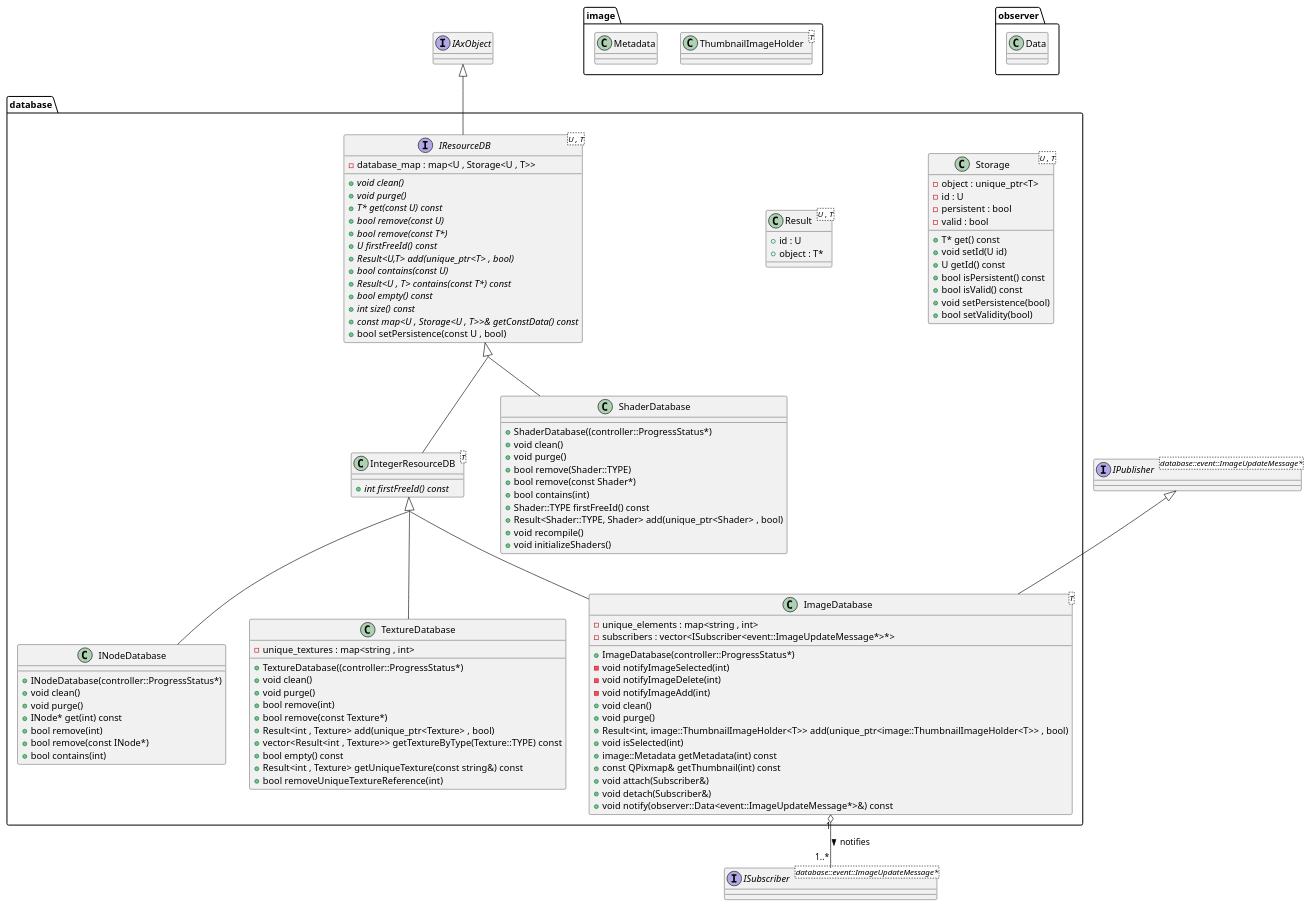
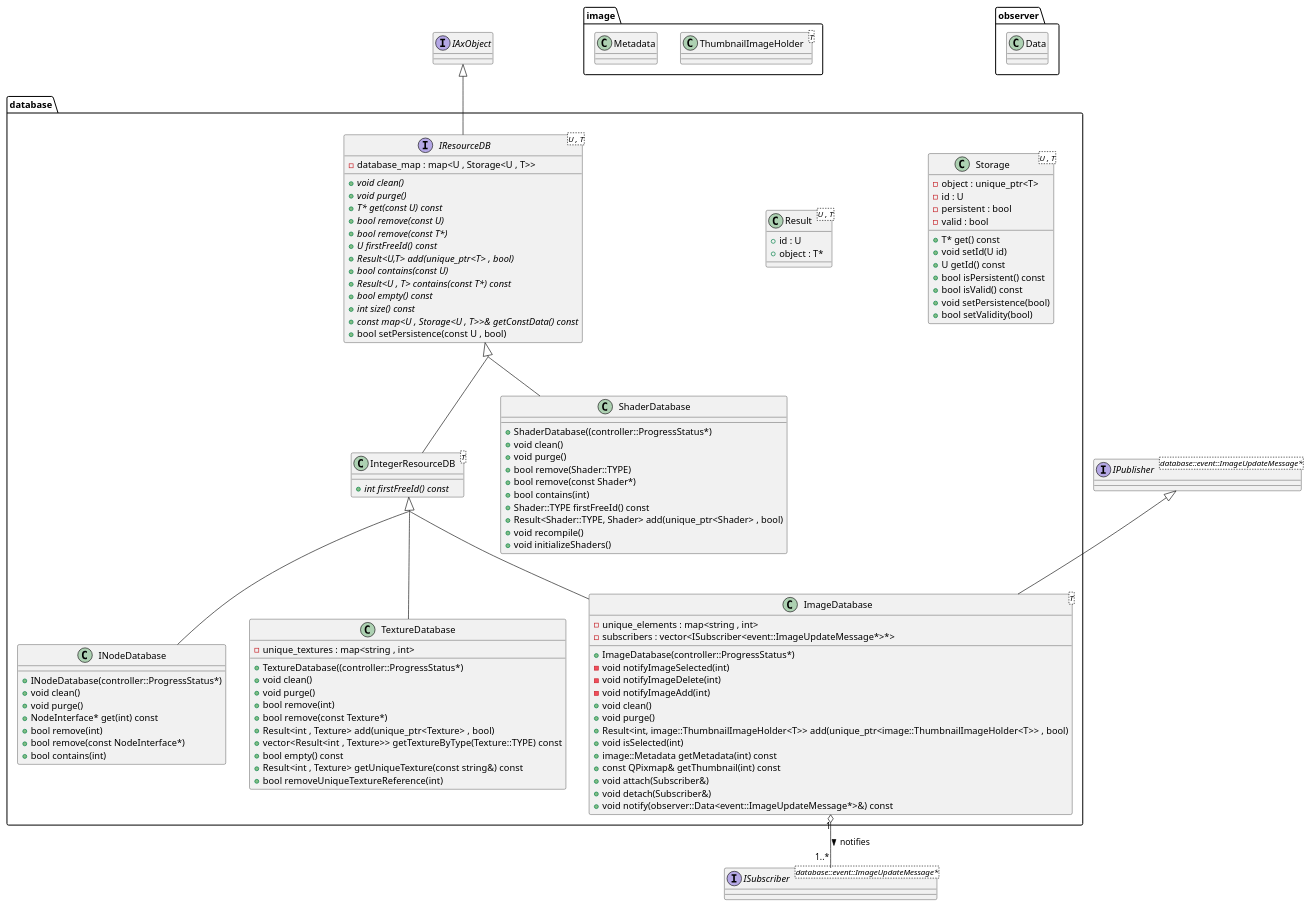
The diagram in sources/database/doc/database.puml (HamilcarR/Axomae), drawn with PlantUML before and after one commit. The commit also changed 19 other files, not shown here.

```diff
--- a/sources/database/doc/database.puml
+++ b/sources/database/doc/database.puml
@@ -1,133 +1,133 @@
 @startuml
 
 
 skinparam groupInheritance 2
 
 interface IAxObject{}
 interface IPublisher<database::event::ImageUpdateMessage*>
 interface ISubscriber<database::event::ImageUpdateMessage*>
 namespace image{
 
 class ThumbnailImageHolder<T>{}
 class Metadata{}
 
 }
 
 namespace observer{
 class Data{}
 }
 
 
 namespace database{
 
 class Storage<U , T> {
     - object : unique_ptr<T>
     - id : U
     - persistent : bool
     - valid : bool
     + T* get() const
     + void setId(U id)
     + U getId() const
     + bool isPersistent() const
     + bool isValid() const
     + void setPersistence(bool)
     + bool setValidity(bool)
 }
 
 class Result<U , T>{
     + id : U
     + object : T*
 }
 
 interface IResourceDB<U , T>{
     {abstract} + void clean()
     {abstract} + void purge()
     {abstract} + T* get(const U) const
     {abstract} + bool remove(const U)
     {abstract} + bool remove(const T*)
     {abstract} + U firstFreeId() const
     {abstract} + Result<U,T> add(unique_ptr<T> , bool)
     {abstract} + bool contains(const U)
     {abstract} + Result<U , T> contains(const T*) const
     {abstract} + bool empty() const
     {abstract} + int size() const
     {abstract} + const map<U , Storage<U , T>>& getConstData() const
                + bool setPersistence(const U , bool)
                - database_map : map<U , Storage<U , T>>
 }
 
 class IntegerResourceDB<T>{
    {abstract} + int firstFreeId() const
 }
 
 class INodeDatabase{
     + INodeDatabase(controller::ProgressStatus*)
     + void clean()
     + void purge()
-    + INode* get(int) const
+    + NodeInterface* get(int) const
     + bool remove(int)
-    + bool remove(const INode*)
+    + bool remove(const NodeInterface*)
     + bool contains(int)
 }
 
 class ShaderDatabase{
     + ShaderDatabase((controller::ProgressStatus*)
     + void clean()
     + void purge()
     + bool remove(Shader::TYPE)
     + bool remove(const Shader*)
     + bool contains(int)
     + Shader::TYPE firstFreeId() const
     + Result<Shader::TYPE, Shader> add(unique_ptr<Shader> , bool)
     + void recompile()
     + void initializeShaders()
 }
 
 class ImageDatabase<T>{
     - unique_elements : map<string , int>
     - subscribers : vector<ISubscriber<event::ImageUpdateMessage*>*>
     + ImageDatabase(controller::ProgressStatus*)
     - void notifyImageSelected(int)
     - void notifyImageDelete(int)
     - void notifyImageAdd(int)
     + void clean()
     + void purge()
     + Result<int, image::ThumbnailImageHolder<T>> add(unique_ptr<image::ThumbnailImageHolder<T>> , bool)
     + void isSelected(int)
     + image::Metadata getMetadata(int) const
     + const QPixmap& getThumbnail(int) const
     + void attach(Subscriber&)
     + void detach(Subscriber&)
     + void notify(observer::Data<event::ImageUpdateMessage*>&) const
 }
 
 class TextureDatabase{
     - unique_textures : map<string , int>
     + TextureDatabase((controller::ProgressStatus*)
     + void clean()
     + void purge()
     + bool remove(int)
     + bool remove(const Texture*)
     + Result<int , Texture> add(unique_ptr<Texture> , bool)
     + vector<Result<int , Texture>> getTextureByType(Texture::TYPE) const
     + bool empty() const
     + Result<int , Texture> getUniqueTexture(const string&) const
     + bool removeUniqueTextureReference(int)
 }
 
 
 }
 ' end namespace database
 
 
 IAxObject <|-- IResourceDB
 IResourceDB <|-- IntegerResourceDB
 IResourceDB <|-- ShaderDatabase
 IntegerResourceDB <|-- INodeDatabase
 IntegerResourceDB <|-- TextureDatabase
 IntegerResourceDB <|-- ImageDatabase
 IPublisher <|-- ImageDatabase
 ImageDatabase "1" o-- "1..*" ISubscriber : notifies >
 
 
 @enduml
```
